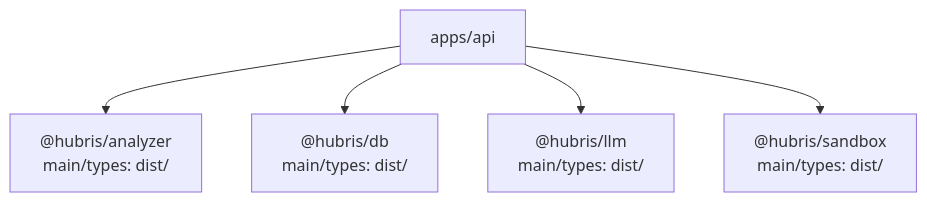
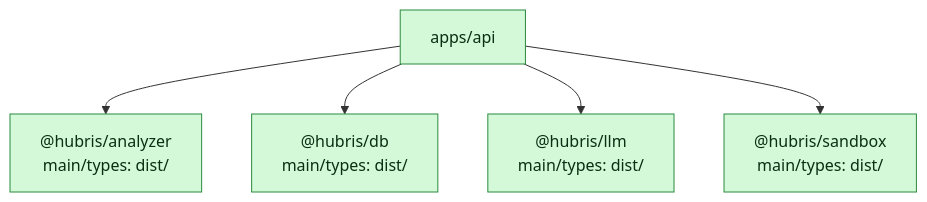
The third of 17 diagrams in docs/ARCHITECTURE.md (kaiser1x/hubris), drawn with Mermaid before and after one commit. The commit also changed other lines of this file and 1 other file, not shown here.

First line of the commit message:
docs: fix erDiagram reserved word and color-code architecture maps

````diff
--- a/docs/ARCHITECTURE.md
+++ b/docs/ARCHITECTURE.md
@@ -70,13 +82,16 @@
 ```mermaid
 flowchart TD
     Api2["apps/api"]
     Analyzer2["@hubris/analyzer<br/>main/types: dist/"]
     Db2["@hubris/db<br/>main/types: dist/"]
     Llm2["@hubris/llm<br/>main/types: dist/"]
     Sbx2["@hubris/sandbox<br/>main/types: dist/"]
 
     Api2 --> Analyzer2
     Api2 --> Db2
     Api2 --> Llm2
     Api2 --> Sbx2
+
+    classDef live fill:#d3f9d8,stroke:#2b8a3e,color:#0b2e13
+    class Api2,Analyzer2,Db2,Llm2,Sbx2 live
 ```
````
